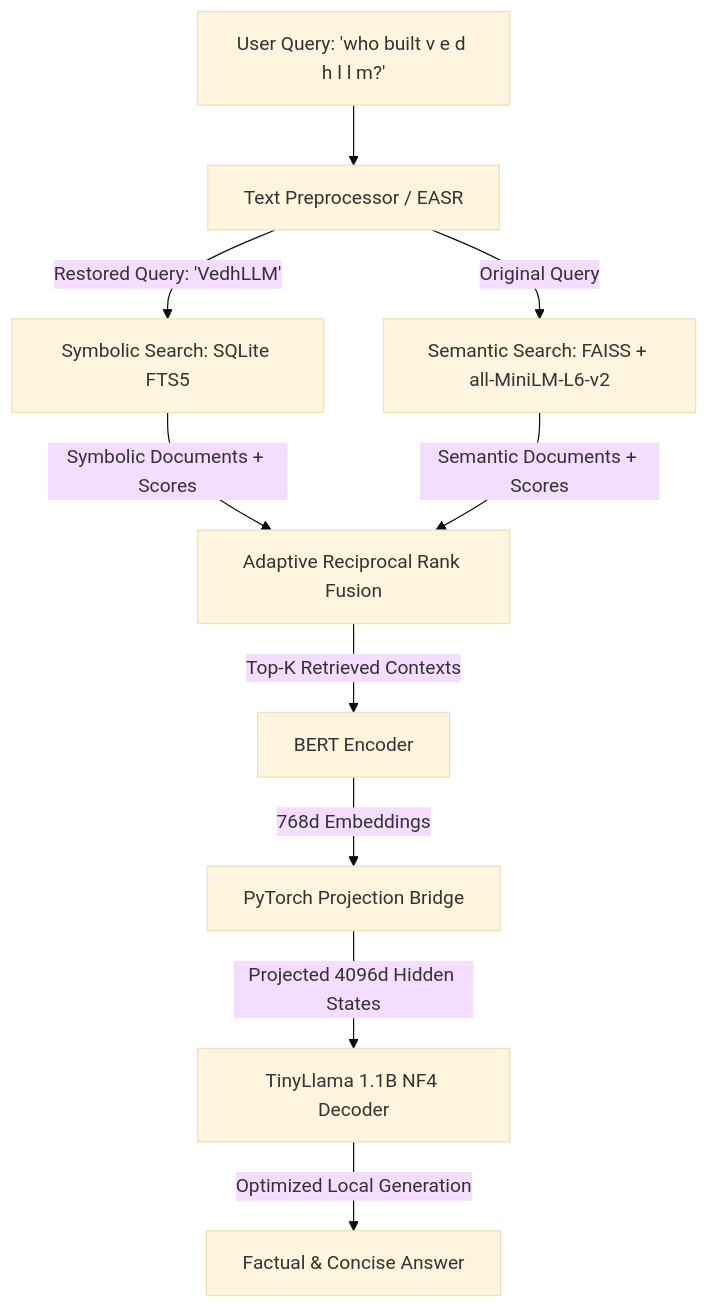
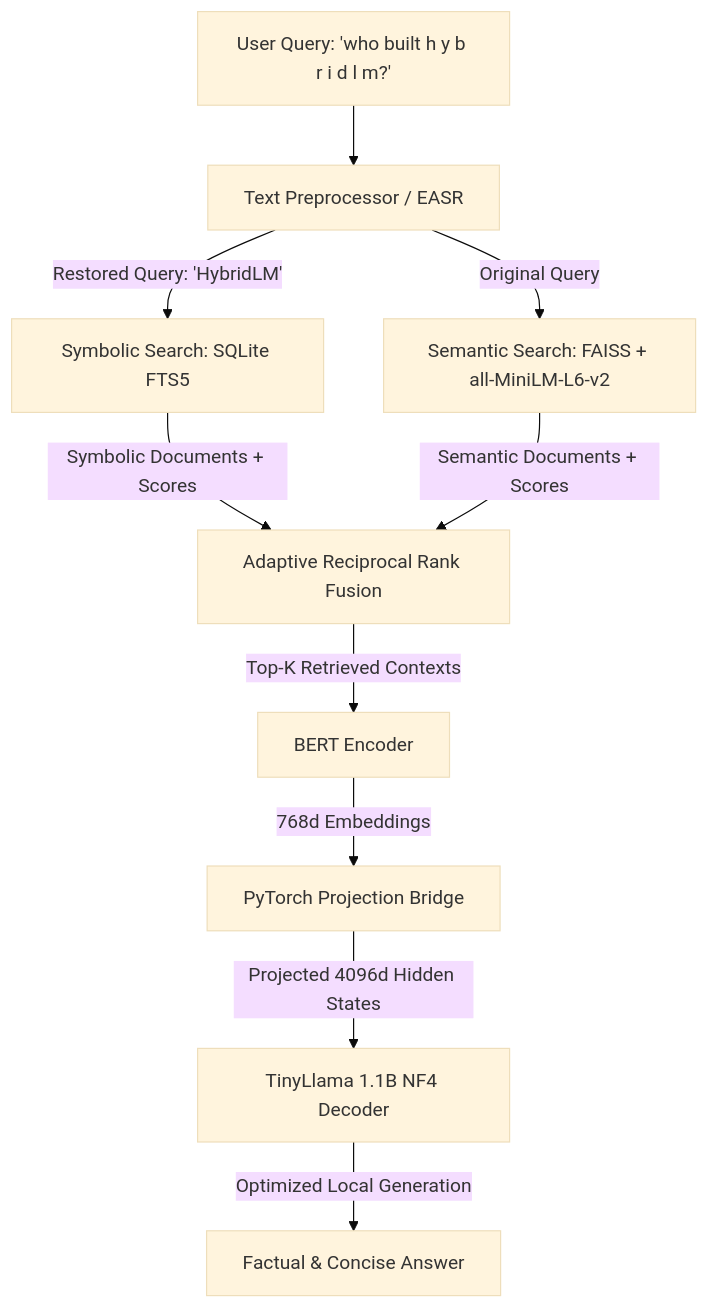
One commit to VedhSontha/HybridLM changed the diagram in README.md. Above: the diagram before and after it, drawn with Mermaid (base theme). The commit also changed other lines of this file and 11 other files, not shown here.

Commit message:
docs: rename project to HybridLM and integrate system architecture graphics

````diff
--- a/README.md
+++ b/README.md
@@ -18,15 +24,15 @@
 ```mermaid
 graph TD
-    UserQuery[User Query: 'who built v e d h l l m?'] --> Preprocessor[Text Preprocessor / EASR]
-    Preprocessor --> |Restored Query: 'VedhLLM'| SymbolicSearch[Symbolic Search: SQLite FTS5]
+    UserQuery[User Query: 'who built h y b r i d l m?'] --> Preprocessor[Text Preprocessor / EASR]
+    Preprocessor --> |Restored Query: 'HybridLM'| SymbolicSearch[Symbolic Search: SQLite FTS5]
     Preprocessor --> |Original Query| SemanticSearch[Semantic Search: FAISS + all-MiniLM-L6-v2]
     
     SymbolicSearch --> |Symbolic Documents + Scores| Fusion[Adaptive Reciprocal Rank Fusion]
     SemanticSearch --> |Semantic Documents + Scores| Fusion
     
     Fusion --> |Top-K Retrieved Contexts| Encoder[BERT Encoder]
     Encoder --> |768d Embeddings| Bridge[PyTorch Projection Bridge]
     Bridge --> |Projected 4096d Hidden States| Decoder[TinyLlama 1.1B NF4 Decoder]
     
     Decoder --> |Optimized Local Generation| Output[Factual & Concise Answer]
 ```
````
